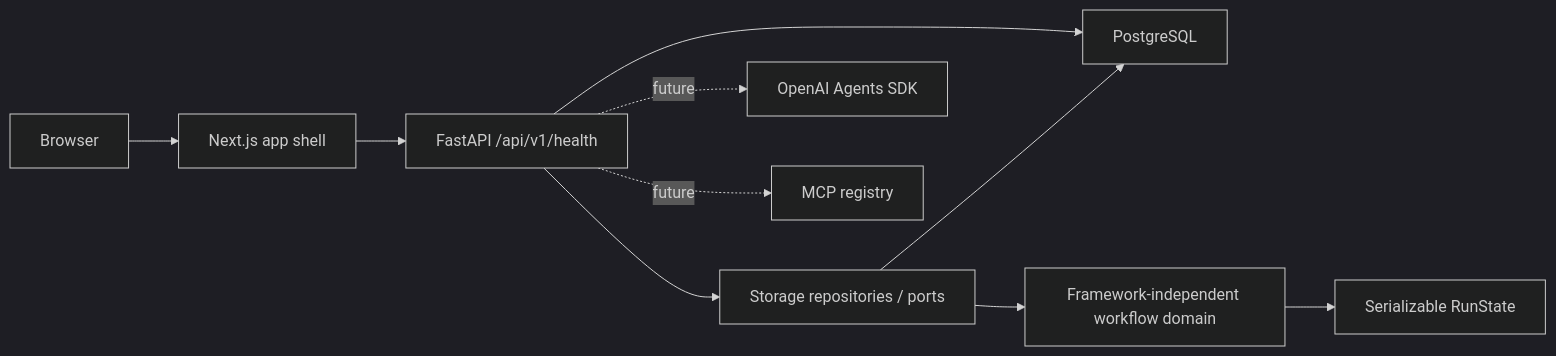
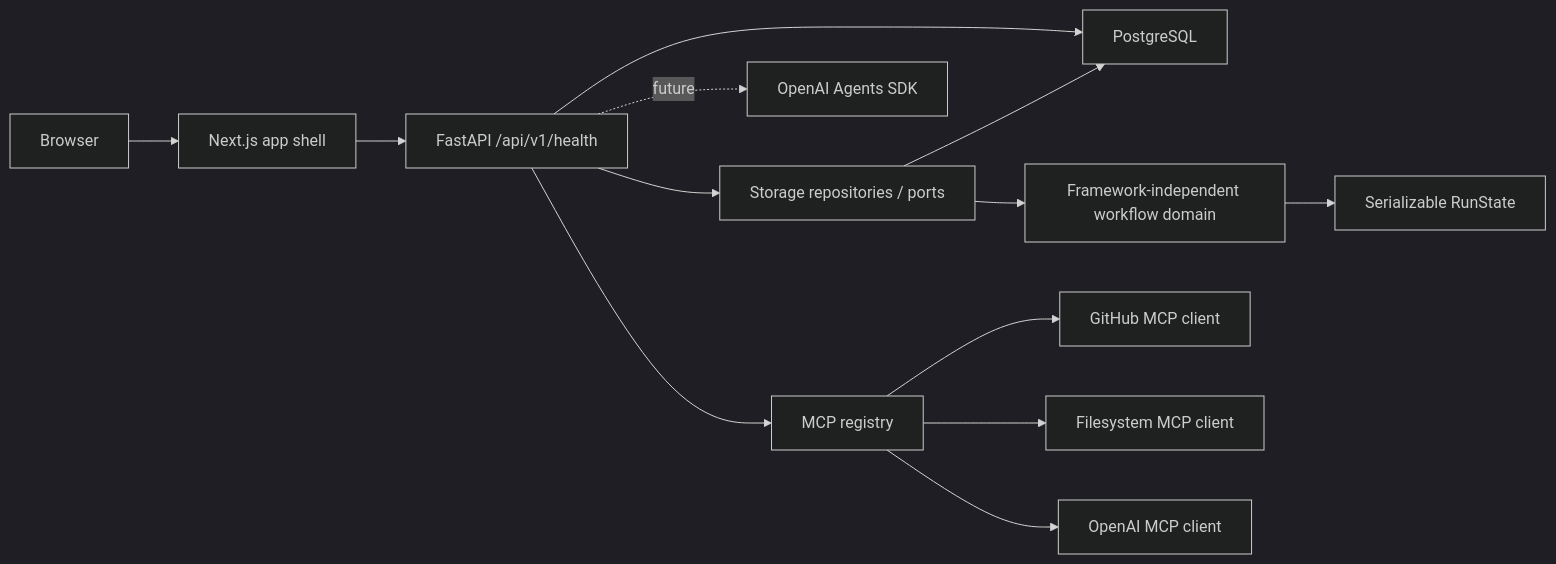
One commit to qurbaneliii/FlowPilot-MCP---AI-Workflow-Automation-Builder changed the diagram in docs/architecture.md. Above: the diagram before and after it, drawn with Mermaid (dark theme). The commit also changed other lines of this file and 20 other files, not shown here.

````diff
--- a/docs/architecture.md
+++ b/docs/architecture.md
@@ -7,12 +7,15 @@
 ```mermaid
 flowchart LR
   Browser["Browser"] --> Frontend["Next.js app shell"]
   Frontend --> Backend["FastAPI /api/v1/health"]
   Backend --> Postgres["PostgreSQL"]
   Backend --> Storage["Storage repositories / ports"]
   Storage --> Postgres
   Storage --> Domain["Framework-independent workflow domain"]
   Domain --> State["Serializable RunState"]
   Backend -. future .-> Agents["OpenAI Agents SDK"]
-  Backend -. future .-> MCP["MCP registry"]
+  Backend --> MCP["MCP registry"]
+  MCP --> GitHub["GitHub MCP client"]
+  MCP --> Filesystem["Filesystem MCP client"]
+  MCP --> OpenAI["OpenAI MCP client"]
 ```
````
